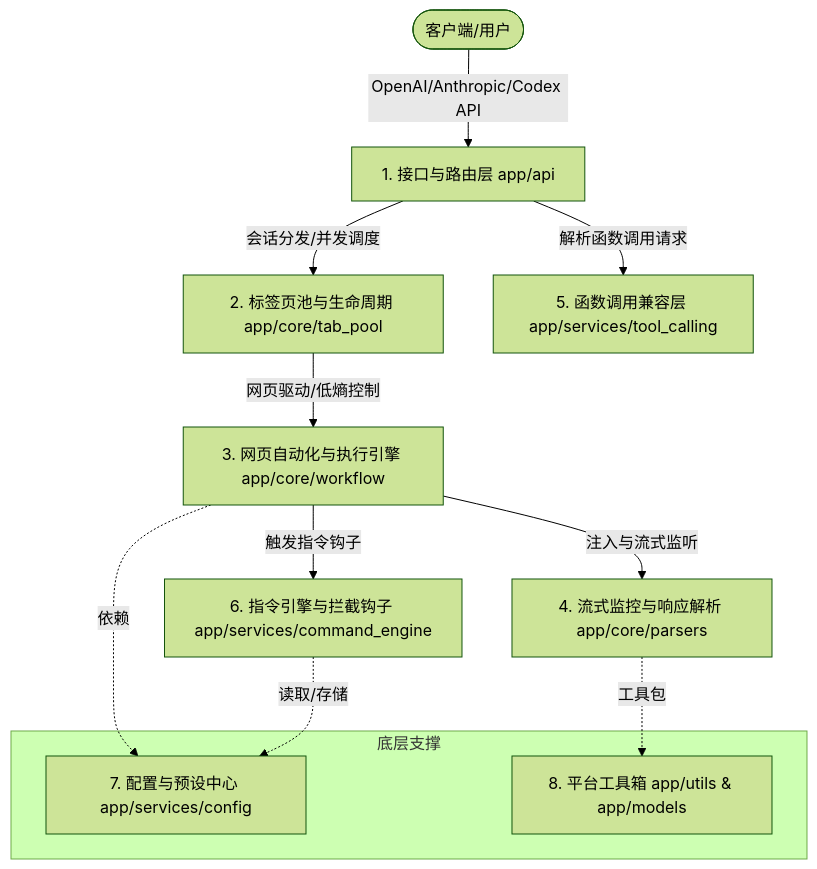
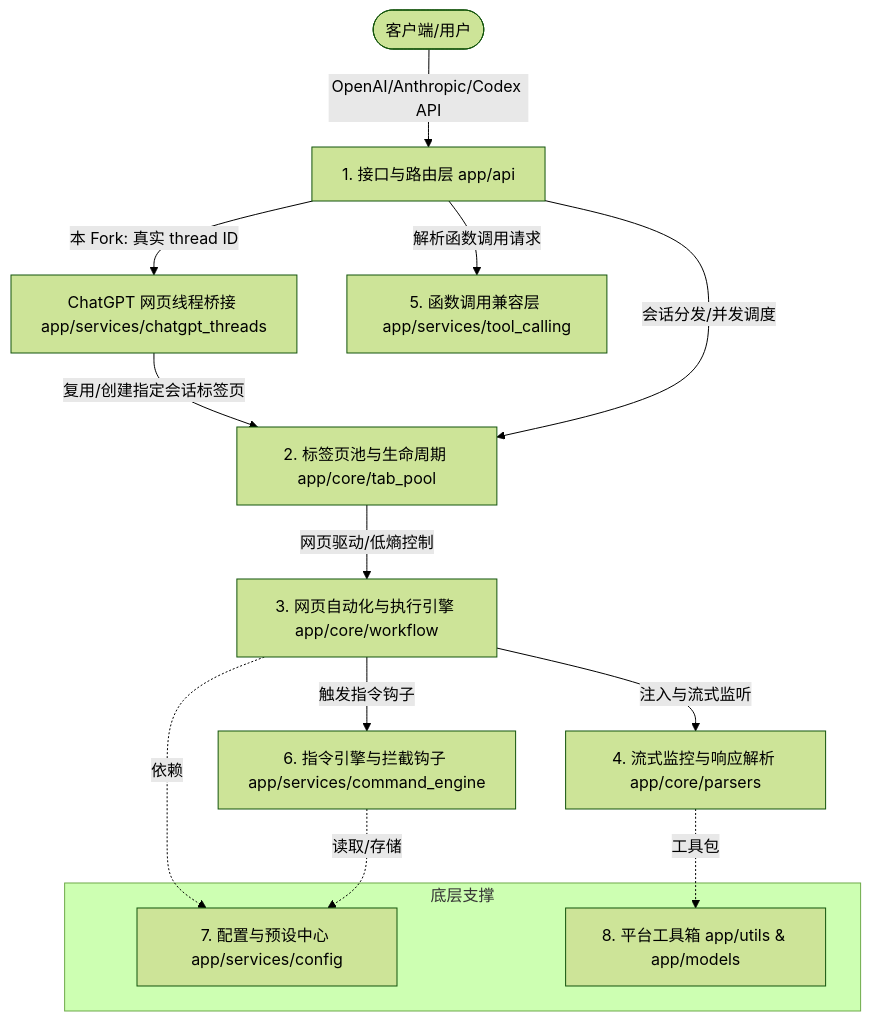
The diagram in README.zh-CN.md (llawliet12138/universal-web-api), drawn with Mermaid (forest theme) before and after one commit. The commit also changed other lines of this file and 3 other files, not shown here.

````diff
--- a/README.zh-CN.md
+++ b/README.zh-CN.md
@@ -19,18 +50,20 @@
 ```mermaid
 graph TD
     User([客户端/用户]) -->|OpenAI/Anthropic/Codex API| Route[1. 接口与路由层 app/api]
+    Route -->|本 Fork: 真实 thread ID| ThreadBridge[ChatGPT 网页线程桥接 app/services/chatgpt_threads]
+    ThreadBridge -->|复用/创建指定会话标签页| TabPool
     Route -->|会话分发/并发调度| TabPool[2. 标签页池与生命周期 app/core/tab_pool]
     Route -->|解析函数调用请求| ToolCall[5. 函数调用兼容层 app/services/tool_calling]
     TabPool -->|网页驱动/低熵控制| Browser[3. 网页自动化与执行引擎 app/core/workflow]
     Browser -->|注入与流式监听| Stream[4. 流式监控与响应解析 app/core/parsers]
     Browser -->|触发指令钩子| CmdEng[6. 指令引擎与拦截钩子 app/services/command_engine]
     
     subgraph 底层支撑
         Config[7. 配置与预设中心 app/services/config]
         Utils[8. 平台工具箱 app/utils & app/models]
     end
     
     Browser -.->|依赖| Config
     CmdEng -.->|读取/存储| Config
     Stream -.->|工具包| Utils
 ```
````
